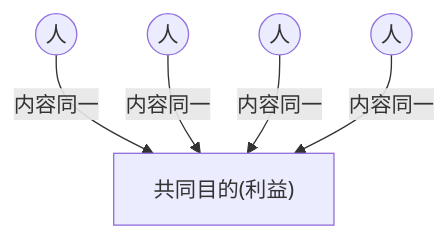
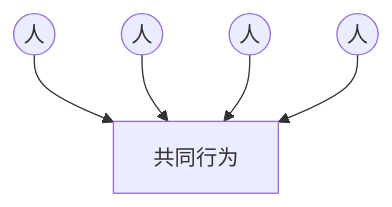
One commit to chilly-chilli/ChillyChilli changed the third of 4 diagrams in content/法学/民商法/民法/民总/IV 法律行为/2. 法律行为的分类.md. Above: the diagram before and after it, drawn with Mermaid. The commit also changed other lines of this file and 23 other files, not shown here.

````diff
--- a/content/法学/民商法/民法/民总/IV 法律行为/2. 法律行为的分类.md
+++ b/content/法学/民商法/民法/民总/IV 法律行为/2. 法律行为的分类.md
@@ -61,4 +58,4 @@
 ```mermaid
 graph TD
-	A((人)) & B((人)) & C((人)) & D((人))--内容同一--> F["共同目的(利益)"]
+	A((人)) & B((人)) & C((人)) & D((人))-->共同行为
 ```
````
